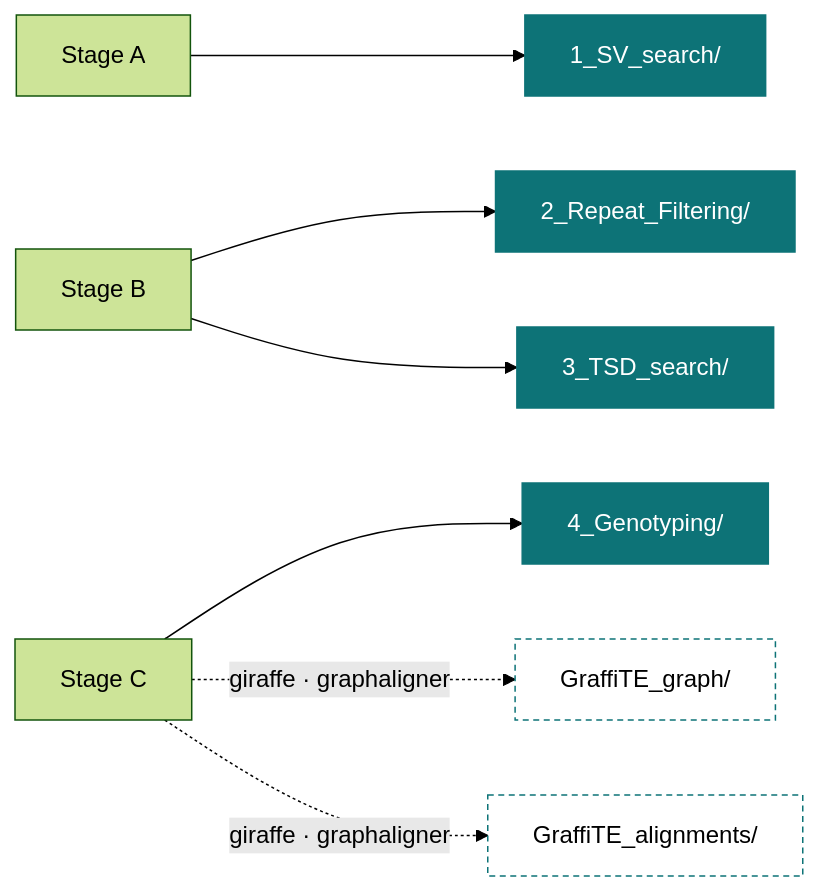
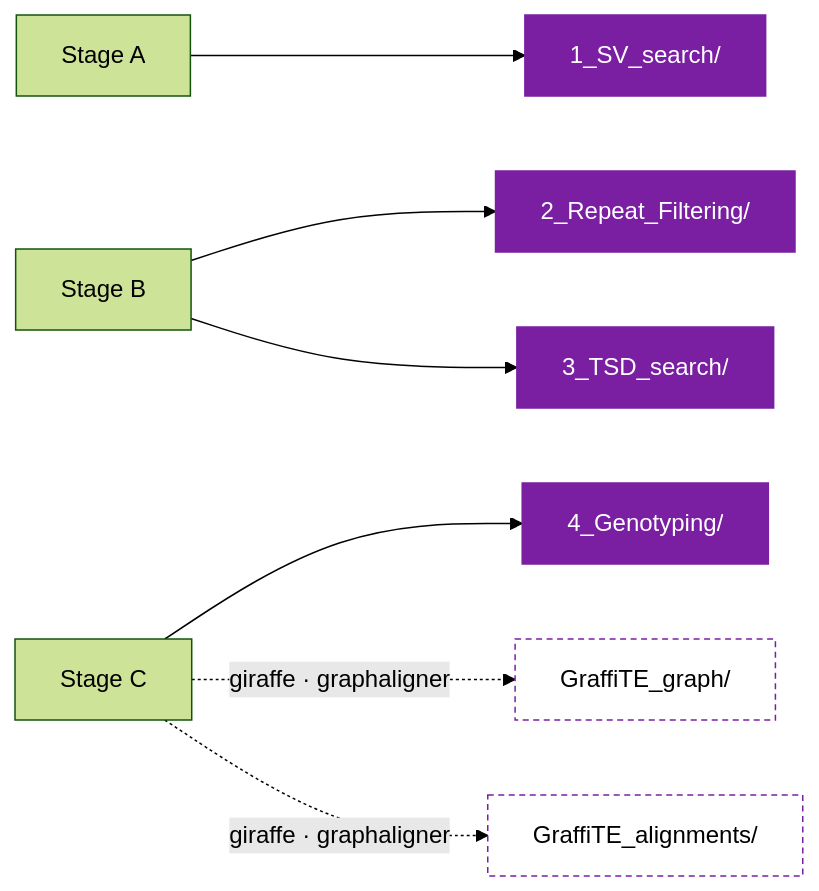
One commit to cgroza/GraffiTE changed the diagram in docs/reference/outputs.md. Above: the diagram before and after it, drawn with Mermaid (forest theme). The commit also changed 13 other files, not shown here.

````diff
--- a/docs/reference/outputs.md
+++ b/docs/reference/outputs.md
@@ -61,14 +61,14 @@
 ```mermaid
 flowchart LR
     A["Stage A"] --> D1["1_SV_search/"]
     B["Stage B"] --> D2["2_Repeat_Filtering/"]
     B --> D3["3_TSD_search/"]
     C["Stage C"] --> D4["4_Genotyping/"]
     C -.->|"giraffe · graphaligner"| D5["GraffiTE_graph/"]
     C -.->|"giraffe · graphaligner"| D6["GraffiTE_alignments/"]
 
-    classDef always fill:#0d7377,stroke:#0d7377,color:#fff;
-    classDef maybe fill:none,stroke:#0d7377,stroke-dasharray:4 3;
+    classDef always fill:#7a1fa2,stroke:#7a1fa2,color:#fff;
+    classDef maybe fill:none,stroke:#7a1fa2,stroke-dasharray:4 3;
     class D1,D2,D3,D4 always;
     class D5,D6 maybe;
 ```
````
